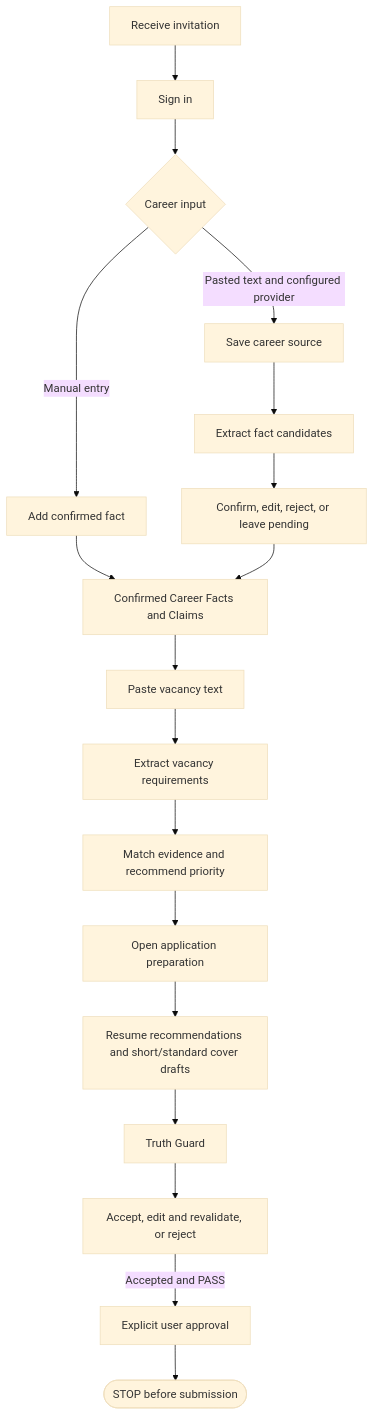
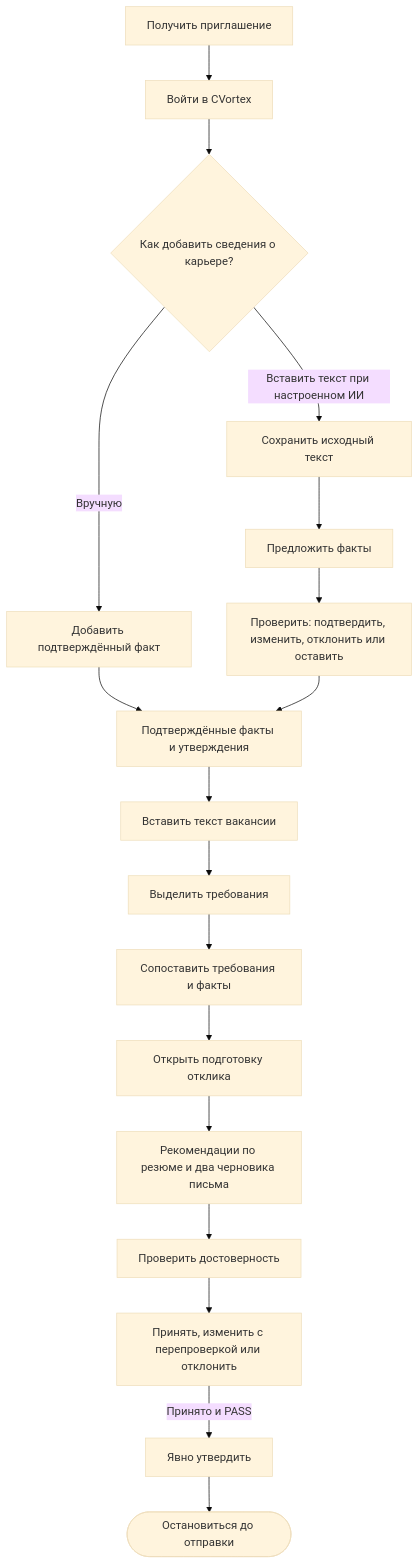
Before and after one commit to filatelist-hitech/CVortex: the first of 4 diagrams in docs/00-Home/Process-Map.md, drawn with Mermaid (base theme). The commit also changed other lines of this file and 11 other files, not shown here.

````diff
--- a/docs/00-Home/Process-Map.md
+++ b/docs/00-Home/Process-Map.md
@@ -29,20 +29,20 @@
 ```mermaid
 flowchart TD
-  Invite[Receive invitation] --> SignIn[Sign in]
-  SignIn --> CareerInput{Career input}
-  CareerInput -->|Manual entry| ManualFact[Add confirmed fact]
-  CareerInput -->|Pasted text and configured provider| Source[Save career source]
-  Source --> Extract[Extract fact candidates]
-  Extract --> FactReview[Confirm, edit, reject, or leave pending]
-  ManualFact --> Confirmed[Confirmed Career Facts and Claims]
+  Invite[Получить приглашение] --> SignIn[Войти в CVortex]
+  SignIn --> CareerInput{Как добавить сведения о карьере?}
+  CareerInput -->|Вручную| ManualFact[Добавить подтверждённый факт]
+  CareerInput -->|Вставить текст при настроенном ИИ| Source[Сохранить исходный текст]
+  Source --> Extract[Предложить факты]
+  Extract --> FactReview[Проверить: подтвердить, изменить, отклонить или оставить]
+  ManualFact --> Confirmed[Подтверждённые факты и утверждения]
   FactReview --> Confirmed
-  Confirmed --> Vacancy[Paste vacancy text]
-  Vacancy --> Requirements[Extract vacancy requirements]
-  Requirements --> Match[Match evidence and recommend priority]
-  Match --> Preparation[Open application preparation]
-  Preparation --> Drafts[Resume recommendations and short/standard cover drafts]
-  Drafts --> Guard[Truth Guard]
-  Guard --> Decision[Accept, edit and revalidate, or reject]
-  Decision -->|Accepted and PASS| Approval[Explicit user approval]
-  Approval --> Stop([STOP before submission])
+  Confirmed --> Vacancy[Вставить текст вакансии]
+  Vacancy --> Requirements[Выделить требования]
+  Requirements --> Match[Сопоставить требования и факты]
+  Match --> Preparation[Открыть подготовку отклика]
+  Preparation --> Drafts[Рекомендации по резюме и два черновика письма]
+  Drafts --> Guard[Проверить достоверность]
+  Guard --> Decision[Принять, изменить с перепроверкой или отклонить]
+  Decision -->|Принято и PASS| Approval[Явно утвердить]
+  Approval --> Stop([Остановиться до отправки])
 ```
````
